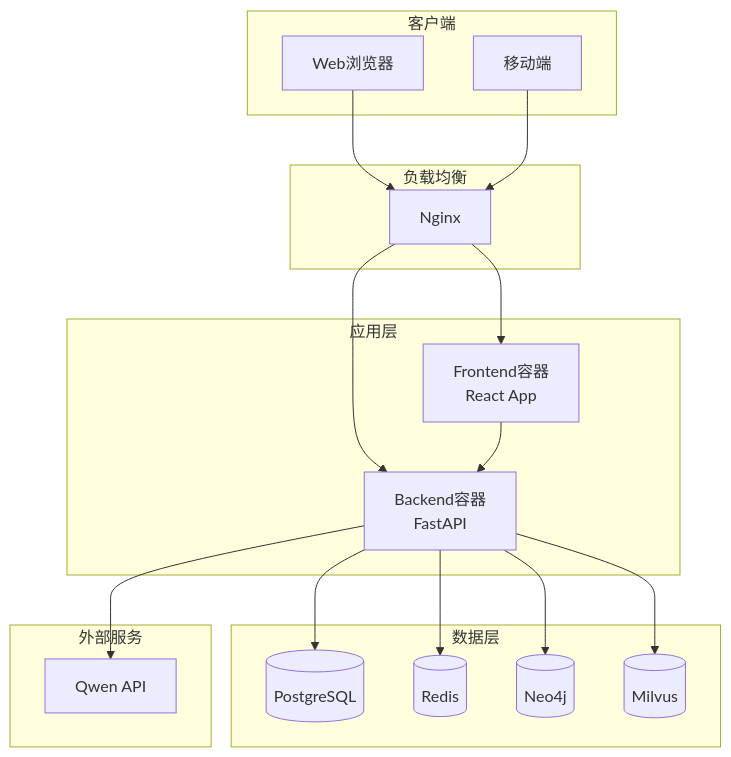
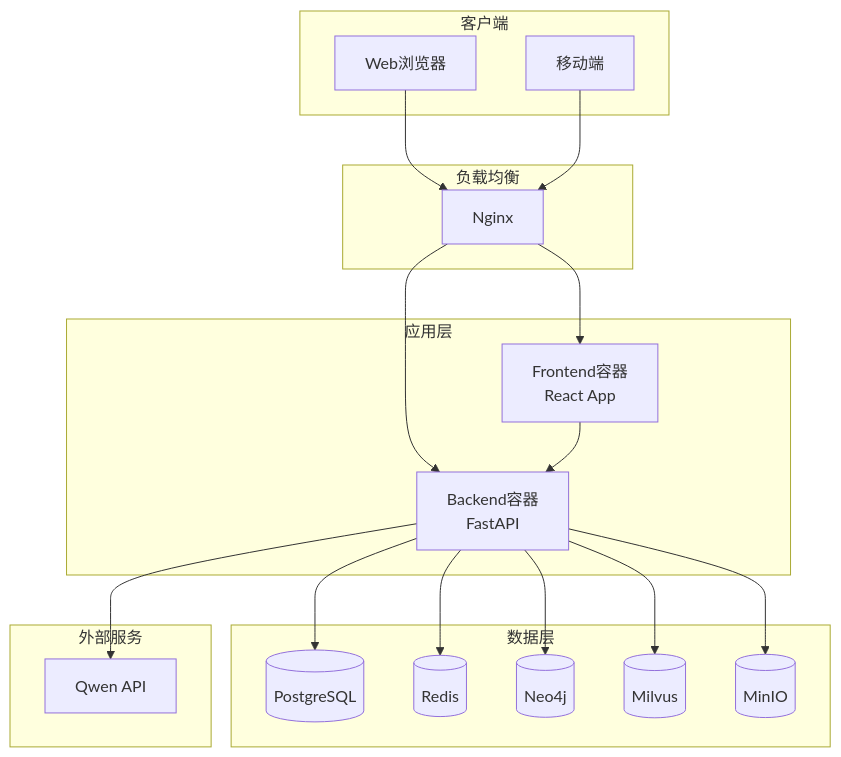
One commit to zgsddzwj/intelligent_consultation changed the fourth of 5 diagrams in docs/ARCHITECTURE.md. Above: the diagram before and after it, drawn with Mermaid. The commit also changed other lines of this file and 9 other files, not shown here.

````diff
--- a/docs/ARCHITECTURE.md
+++ b/docs/ARCHITECTURE.md
@@ -387,38 +413,40 @@
 ```mermaid
 graph TB
     subgraph Client["客户端"]
         Browser[Web浏览器]
         Mobile[移动端]
     end
     
     subgraph LoadBalancer["负载均衡"]
         Nginx[Nginx]
     end
     
     subgraph Application["应用层"]
         Frontend[Frontend容器<br/>React App]
         Backend[Backend容器<br/>FastAPI]
     end
     
     subgraph Data["数据层"]
         PostgreSQL[(PostgreSQL)]
         Redis[(Redis)]
         Neo4j[(Neo4j)]
         Milvus[(Milvus)]
+        MinIO[(MinIO)]
     end
     
     subgraph External["外部服务"]
         Qwen[Qwen API]
     end
     
     Browser --> Nginx
     Mobile --> Nginx
     Nginx --> Frontend
     Nginx --> Backend
     Backend --> PostgreSQL
     Backend --> Redis
     Backend --> Neo4j
     Backend --> Milvus
+    Backend --> MinIO
     Backend --> Qwen
     Frontend --> Backend
 ```
````
